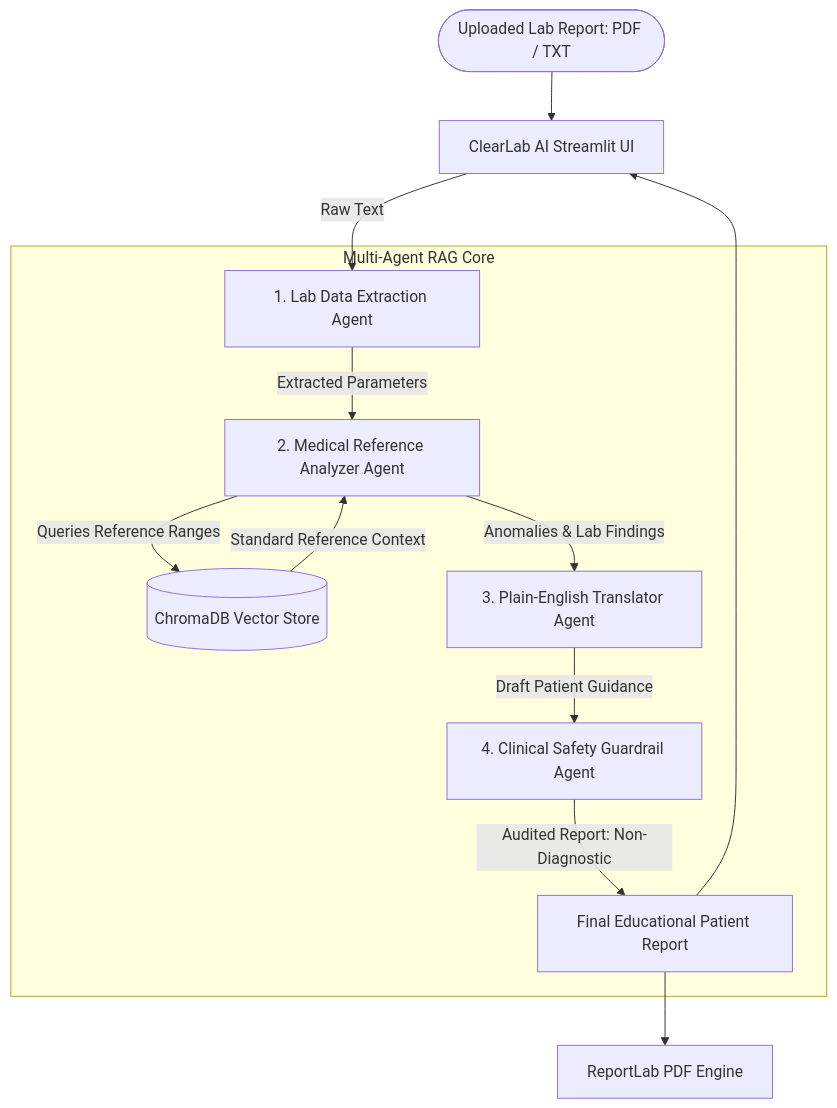
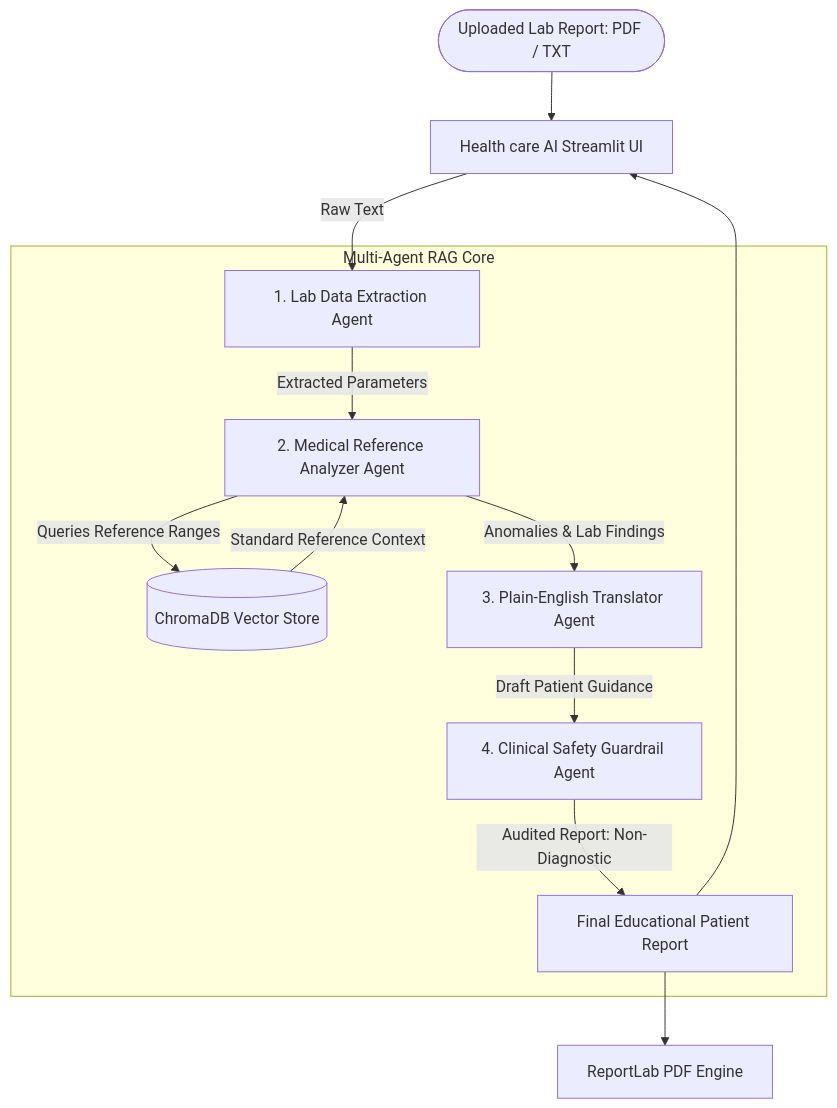
The diagram in README.md (AnjanaMadhushanaj/Heart_Agent_App), drawn with Mermaid before and after one commit. The commit also changed other lines of this file and 1 other file, not shown here.

Commit message:
feat: rebrand title to Health care AI while strictly preserving neon green and cyan gradient aesthetic

````diff
--- a/README.md
+++ b/README.md
@@ -20,17 +20,17 @@
 ```mermaid
 graph TD
-    User([Uploaded Lab Report: PDF / TXT]) --> UI[ClearLab AI Streamlit UI]
+    User([Uploaded Lab Report: PDF / TXT]) --> UI[Health care AI Streamlit UI]
     UI -->|Raw Text| Agent1[1. Lab Data Extraction Agent]
     
     subgraph Multi-Agent RAG Core
         Agent1 -->|Extracted Parameters| Agent2[2. Medical Reference Analyzer Agent]
         Agent2 -->|Queries Reference Ranges| RAG[(ChromaDB Vector Store)]
         RAG -->|Standard Reference Context| Agent2
         Agent2 -->|Anomalies & Lab Findings| Agent3[3. Plain-English Translator Agent]
         Agent3 -->|Draft Patient Guidance| Agent4[4. Clinical Safety Guardrail Agent]
         Agent4 -->|Audited Report: Non-Diagnostic| FinalReport[Final Educational Patient Report]
     end
     
     FinalReport --> UI
     FinalReport --> PDF[ReportLab PDF Engine]
 ```
````
